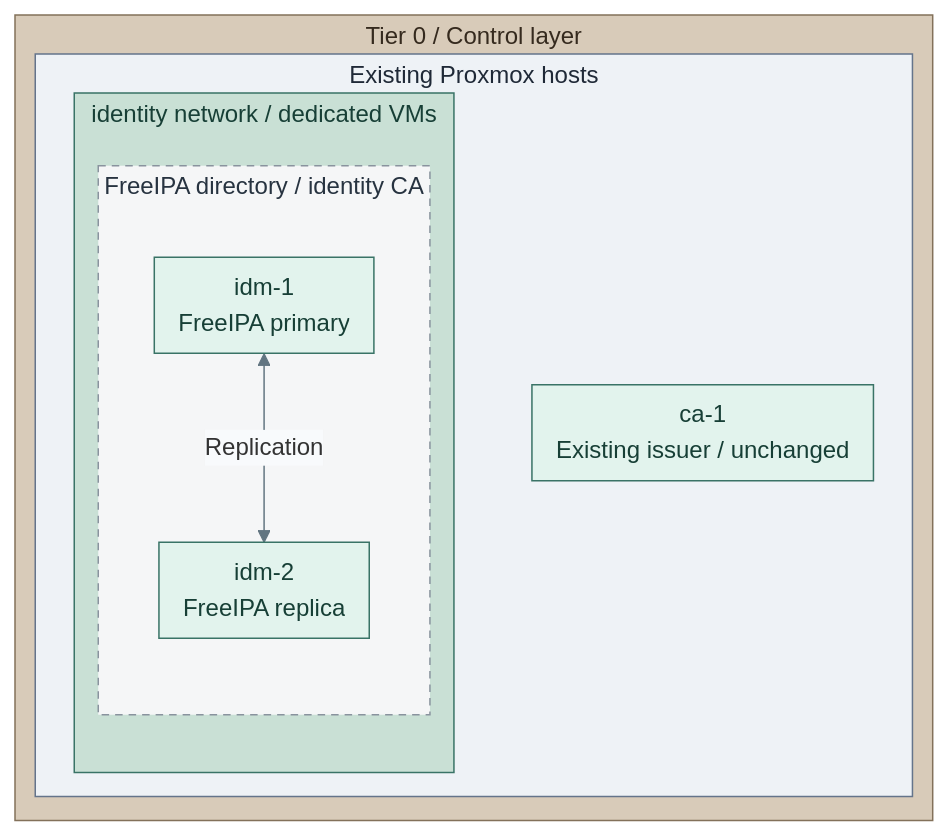
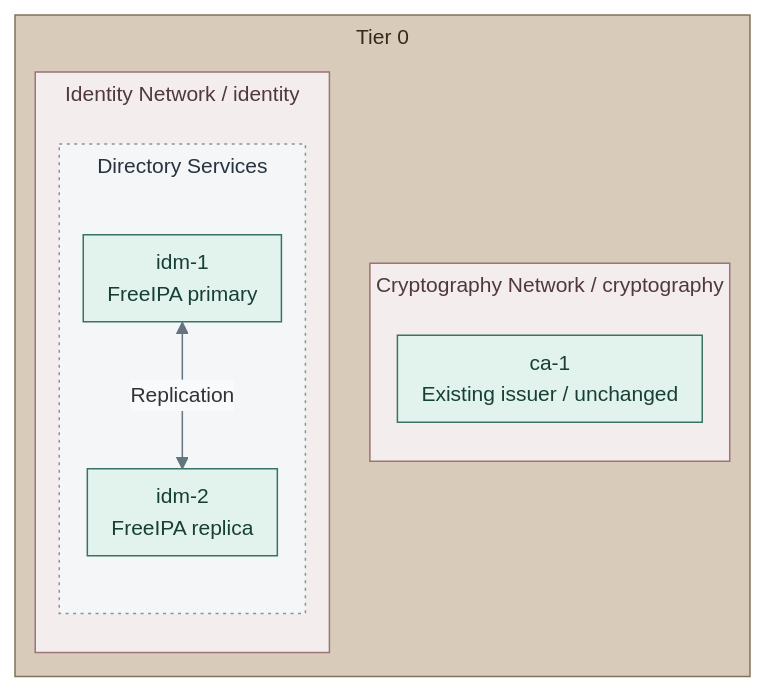
Before and after one commit to Rexus/homelab: the diagram in docs/03-deployment/stage-5-identity/README.md, drawn with Mermaid. The commit also changed other lines of this file and 124 other files, not shown here.

First line of the commit message:
fix(platform): align service diagrams and directory failover

````diff
--- a/docs/03-deployment/stage-5-identity/README.md
+++ b/docs/03-deployment/stage-5-identity/README.md
@@ -12,32 +12,31 @@
 ```mermaid
-%%{init: {"theme":"base","flowchart":{"nodeSpacing":12,"rankSpacing":2,"padding":8,"subGraphTitleMargin":{"top":2,"bottom":8}},"themeVariables":{"lineColor":"#627581","edgeLabelBackground":"#f8fafc"}}}%%
+%%{init: {"theme":"base","flowchart":{"nodeSpacing":12,"rankSpacing":2,"padding":8,"subGraphTitleMargin":{"top":4,"bottom":18}},"themeVariables":{"lineColor":"#627581","edgeLabelBackground":"#f8fafc","fontFamily":"Arial, sans-serif","fontSize":"14px"},"fontFamily":"Arial, sans-serif"}}%%
 flowchart TB
-  subgraph T0["Tier 0 / Control layer"]
+  subgraph T0["Tier 0"]
     direction LR
-    subgraph PVE["Existing Proxmox hosts"]
-      direction LR
-      subgraph Identity["identity network / dedicated VMs"]
+    subgraph Identity["Identity Network / identity"]
+      direction TB
+      subgraph DirectoryPair["Directory Services"]
         direction TB
-        subgraph DirectoryPair["FreeIPA directory / identity CA"]
-          direction TB
-          Primary["idm-1<br/>FreeIPA primary"]
-          Replica["idm-2<br/>FreeIPA replica"]
-          Primary <-->|Replication| Replica
-        end
+        Primary["idm-1<br/>FreeIPA primary"]
+        Replica["idm-2<br/>FreeIPA replica"]
+        Primary <-->|Replication| Replica
       end
+    end
+    subgraph Crypto["Cryptography Network / cryptography"]
       ExistingCA["ca-1<br/>Existing issuer / unchanged"]
-      Identity ~~~ ExistingCA
     end
+    Identity ~~~ Crypto
   end
   classDef default fill:#f8fafc,stroke:#64748b,color:#1f2937
   classDef boundary fill:#eef2f6,stroke:#64748b,color:#1f2937
   classDef control fill:#e2f3ed,stroke:#397366,color:#173f36
-  classDef replicas fill:#f5f6f7,stroke:#89939e,color:#273340,stroke-dasharray:5 4
+  classDef replicas fill:#f5f6f7,stroke:#89939e,color:#273340,stroke-dasharray:2 3
   class Primary,Replica,ExistingCA control
-  class PVE boundary
   class DirectoryPair replicas
   classDef tier0 fill:#d8cbb9,stroke:#83715a,color:#352a1e
   class T0 tier0
   classDef zoneControl fill:#c9e0d5,stroke:#397366,color:#173f36
-  class Identity zoneControl
+  classDef network fill:#f4eded,stroke:#9b7378,color:#50383d
+  class Identity,Crypto network
 ```
````
